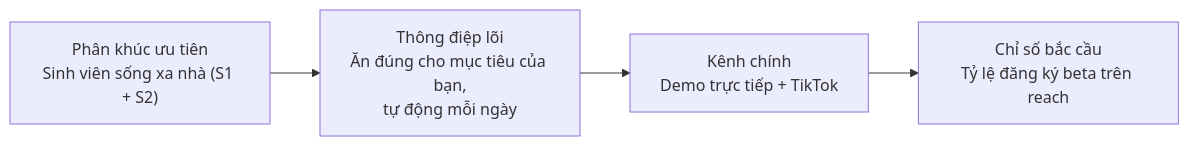
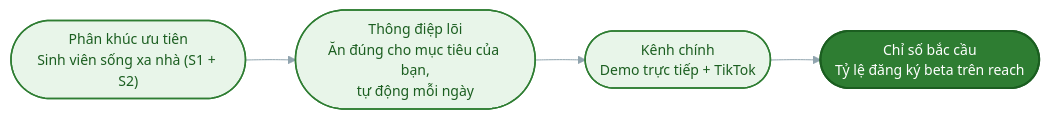
The first of 2 diagrams in docs/PA3-quang-ba/02-phan-khuc-khach-hang.md (KieuDuyennn/start-up_nutriplan), drawn with Mermaid before and after one commit. The commit also changed other lines of this file, not shown here.

Commit message:
style(pa3): restyle item 2 diagrams with brand palette

````diff
--- a/docs/PA3-quang-ba/02-phan-khuc-khach-hang.md
+++ b/docs/PA3-quang-ba/02-phan-khuc-khach-hang.md
@@ -19,6 +19,13 @@
 ```mermaid
+%%{init: {'theme':'base','themeVariables':{'fontFamily':'Segoe UI, Roboto, sans-serif','fontSize':'14px','lineColor':'#90A4AE'}}}%%
 flowchart LR
-  P["Phân khúc ưu tiên<br/>Sinh viên sống xa nhà (S1 + S2)"] --> M["Thông điệp lõi<br/>Ăn đúng cho mục tiêu của bạn,<br/>tự động mỗi ngày"]
-  M --> K["Kênh chính<br/>Demo trực tiếp + TikTok"]
-  K --> C["Chỉ số bắc cầu<br/>Tỷ lệ đăng ký beta trên reach"]
+  P(["Phân khúc ưu tiên<br/>Sinh viên sống xa nhà (S1 + S2)"])
+  M(["Thông điệp lõi<br/>Ăn đúng cho mục tiêu của bạn,<br/>tự động mỗi ngày"])
+  K(["Kênh chính<br/>Demo trực tiếp + TikTok"])
+  C(["Chỉ số bắc cầu<br/>Tỷ lệ đăng ký beta trên reach"])
+  P --> M --> K --> C
+  classDef step fill:#E8F5E9,stroke:#2E7D32,stroke-width:1.5px,color:#1B5E20;
+  classDef goal fill:#2E7D32,stroke:#1B5E20,stroke-width:2px,color:#FFFFFF;
+  class P,M,K step;
+  class C goal;
 ```
````
